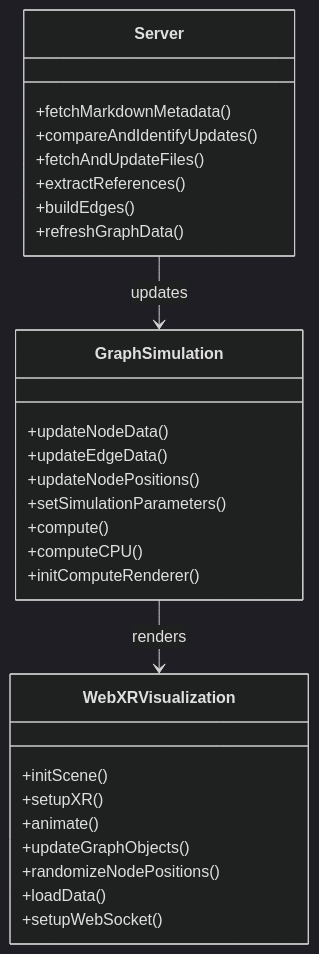
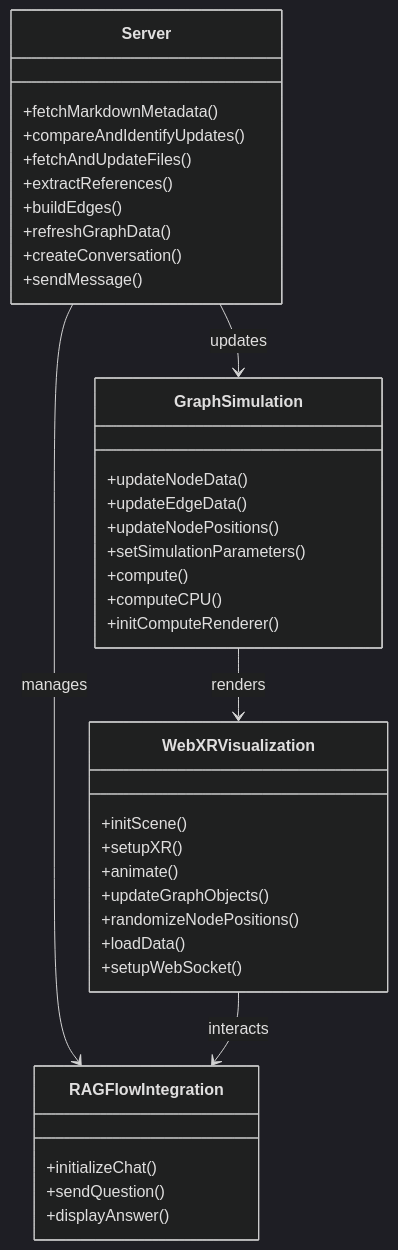
The first of 2 diagrams in README.md (MITIH-Dreamlab/JingSpringThing), drawn with Mermaid (dark theme) before and after one commit. The commit also changed other lines of this file and 3 other files, not shown here.

````diff
--- a/README.md
+++ b/README.md
@@ -71,31 +78,40 @@
 ```mermaid
 classDiagram
     class Server {
         +fetchMarkdownMetadata()
         +compareAndIdentifyUpdates()
         +fetchAndUpdateFiles()
         +extractReferences()
         +buildEdges()
         +refreshGraphData()
+        +createConversation()
+        +sendMessage()
     }
     class GraphSimulation {
         +updateNodeData()
         +updateEdgeData()
         +updateNodePositions()
         +setSimulationParameters()
         +compute()
         +computeCPU()
         +initComputeRenderer()
     }
     class WebXRVisualization {
         +initScene()
         +setupXR()
         +animate()
         +updateGraphObjects()
         +randomizeNodePositions()
         +loadData()
         +setupWebSocket()
     }
+    class RAGFlowIntegration {
+        +initializeChat()
+        +sendQuestion()
+        +displayAnswer()
+    }
     Server --> GraphSimulation : updates
     GraphSimulation --> WebXRVisualization : renders
+    Server --> RAGFlowIntegration : manages
+    WebXRVisualization --> RAGFlowIntegration : interacts
 ```
````
